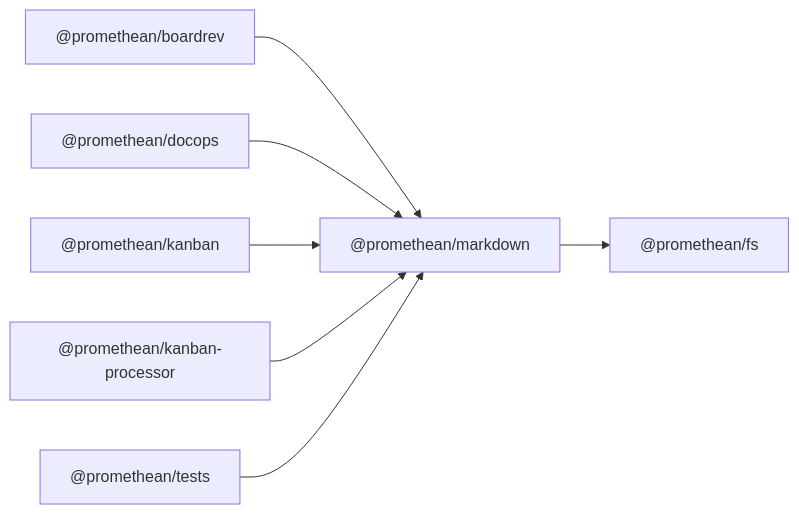
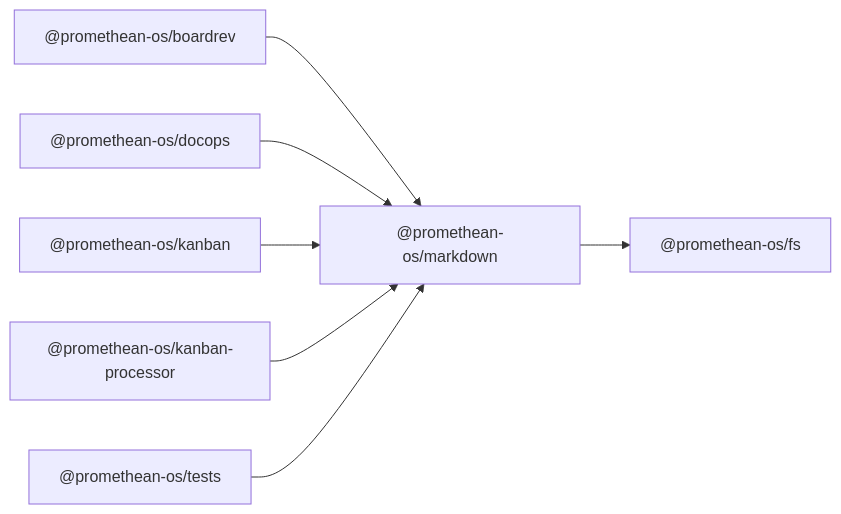
The diagram in docs/packages/markdown/README.md (octave-commons/promethean), drawn with Mermaid before and after one commit. The commit also changed other lines of this file and 1753 other files, not shown here.

````diff
--- a/docs/packages/markdown/README.md
+++ b/docs/packages/markdown/README.md
@@ -14,22 +14,22 @@
 ```mermaid
 graph LR
-  A["@promethean/markdown"]
-  D1["@promethean/fs"]
-  R1["@promethean/boardrev"]
-  R2["@promethean/docops"]
-  R3["@promethean/kanban"]
-  R4["@promethean/kanban-processor"]
-  R5["@promethean/tests"]
-  A --> D1["@promethean/fs"]
-  R1["@promethean/boardrev"] --> A
-  R2["@promethean/docops"] --> A
-  R3["@promethean/kanban"] --> A
-  R4["@promethean/kanban-processor"] --> A
-  R5["@promethean/tests"] --> A
-  click D1 "../fs/README.md" "@promethean/fs"
-  click R1 "../boardrev/README.md" "@promethean/boardrev"
-  click R2 "../docops/README.md" "@promethean/docops"
-  click R3 "../kanban/README.md" "@promethean/kanban"
-  click R4 "../kanban-processor/README.md" "@promethean/kanban-processor"
-  click R5 "../tests/README.md" "@promethean/tests"
+  A["@promethean-os/markdown"]
+  D1["@promethean-os/fs"]
+  R1["@promethean-os/boardrev"]
+  R2["@promethean-os/docops"]
+  R3["@promethean-os/kanban"]
+  R4["@promethean-os/kanban-processor"]
+  R5["@promethean-os/tests"]
+  A --> D1["@promethean-os/fs"]
+  R1["@promethean-os/boardrev"] --> A
+  R2["@promethean-os/docops"] --> A
+  R3["@promethean-os/kanban"] --> A
+  R4["@promethean-os/kanban-processor"] --> A
+  R5["@promethean-os/tests"] --> A
+  click D1 "../fs/README.md" "@promethean-os/fs"
+  click R1 "../boardrev/README.md" "@promethean-os/boardrev"
+  click R2 "../docops/README.md" "@promethean-os/docops"
+  click R3 "../kanban/README.md" "@promethean-os/kanban"
+  click R4 "../kanban-processor/README.md" "@promethean-os/kanban-processor"
+  click R5 "../tests/README.md" "@promethean-os/tests"
 ```
````
